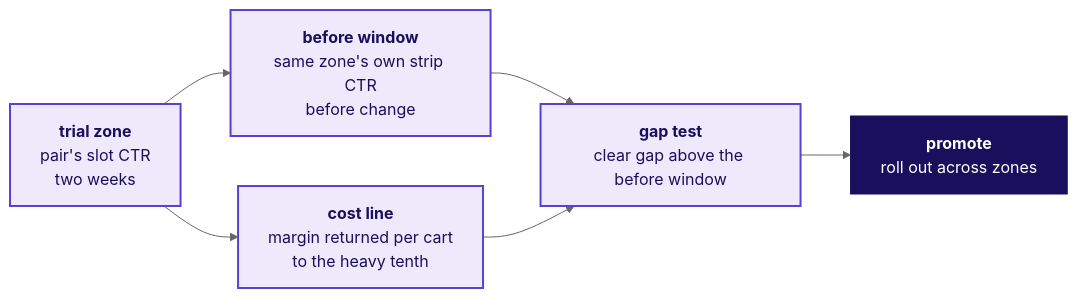
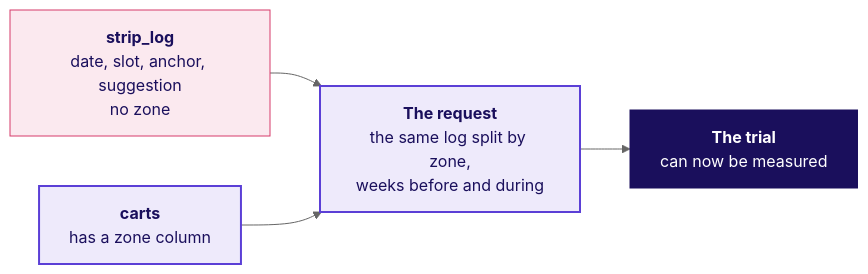
One commit to fde-academy-lab/c2-content-factory changed the first of 3 diagrams in content/W04/D3/slides/C2_W04_D03_fallback_STUDENT.md. Above: the diagram before and after it, drawn with Mermaid (neutral theme). The commit also changed other lines of this file and 37 other files, not shown here.

````diff
--- a/content/W04/D3/slides/C2_W04_D03_fallback_STUDENT.md
+++ b/content/W04/D3/slides/C2_W04_D03_fallback_STUDENT.md
@@ -86,12 +67,12 @@
 ```mermaid
 flowchart LR
-    T["<b>trial zone</b><br/>pair's slot CTR<br/>two weeks"] --> B["<b>before window</b><br/>same zone's own strip CTR<br/>before change"]
-    B --> G["<b>gap test</b><br/>clear gap above the before window"]
-    T --> C["<b>cost line</b><br/>margin returned per cart<br/>to the heavy tenth"]
-    C --> G
-    G --> P["<b>promote</b><br/>roll out across zones"]
+    L["<b>strip_log</b><br/>date, slot, anchor, suggestion<br/>no zone"] --> R["<b>The request</b><br/>the same log split by zone,<br/>weeks before and during"]
+    C["<b>carts</b><br/>has a zone column"] --> R
+    R --> T["<b>The trial</b><br/>can now be measured"]
     classDef known fill:#EEEAFB,stroke:#5B3FD6,color:#1A0F5C,stroke-width:2px
+    classDef bad fill:#FBE9EF,stroke:#D63A6A,color:#1A0F5C
     classDef lit fill:#1A0F5C,stroke:#1A0F5C,color:#FFFFFF
-    class T,B,C,G known
-    class P lit
+    class L bad
+    class C,R known
+    class T lit
 ```
````
